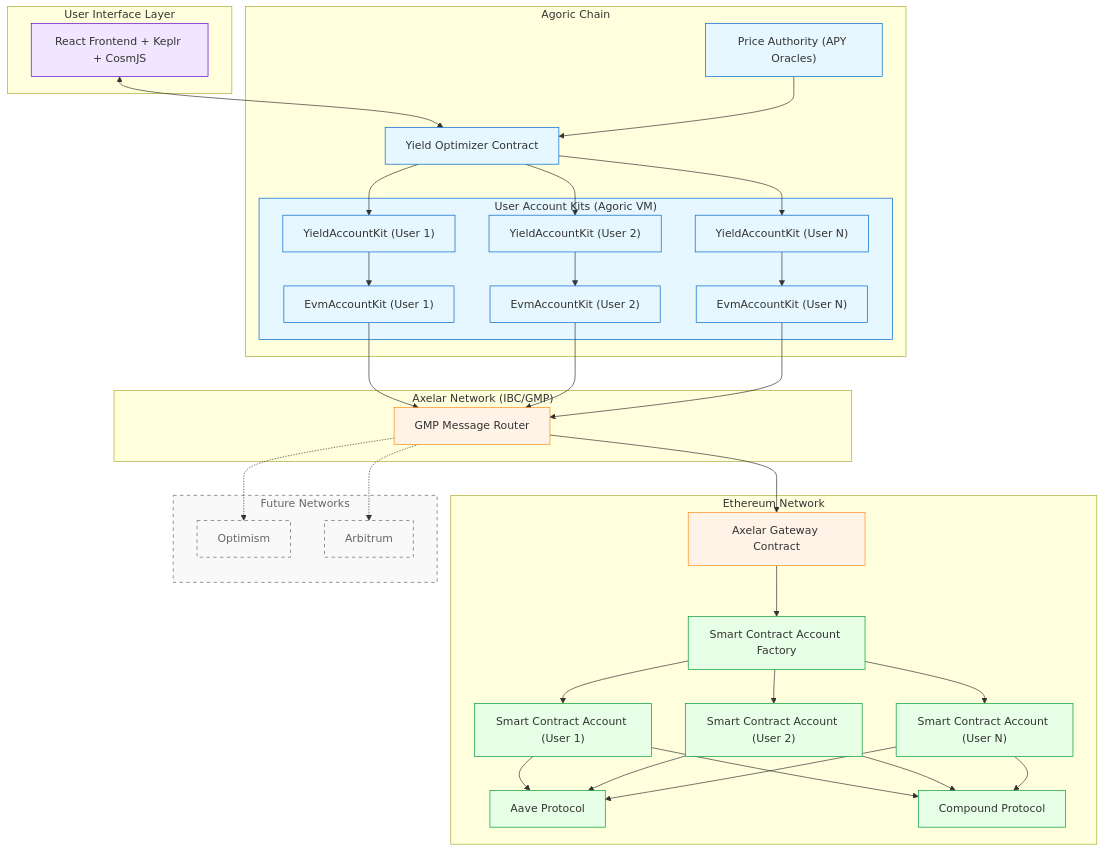
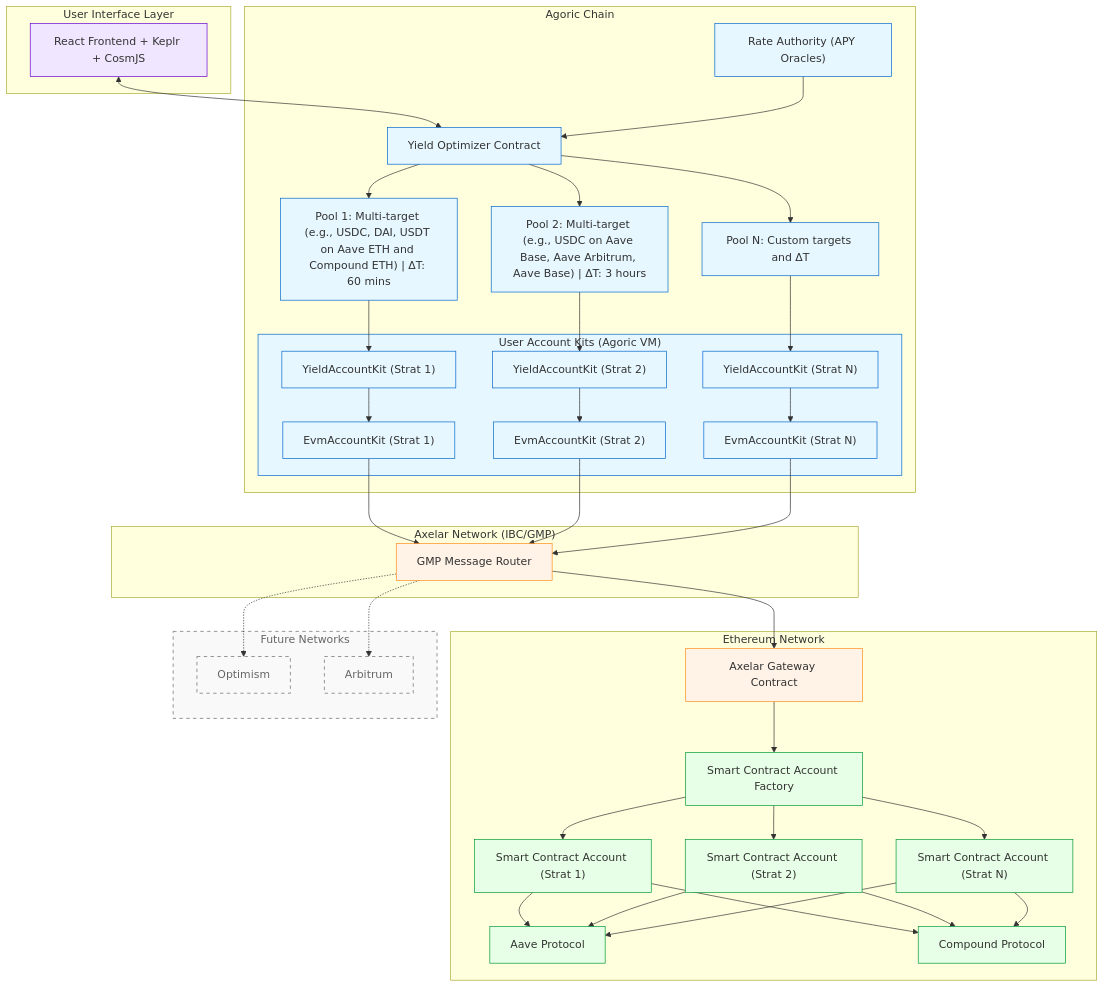
The diagram in docs/architecture.md (agoric-labs/dapp-yield-max), drawn with Mermaid before and after one commit. The commit also changed other lines of this file, not shown here.

Commit message:
fixup! docs: document architecture

```diff
--- a/docs/architecture.md
+++ b/docs/architecture.md
@@ -9,79 +11,87 @@
 
     subgraph Agoric["Agoric Chain"]
         YieldOptimizerContract["Yield Optimizer Contract"]
-        PriceAuthority["Price Authority (APY Oracles)"]
-        
+        RateAuthority["Rate Authority (APY Oracles)"]
+
+        %% Strategy Pools (with multiple targets and delta T)
+        Pool1["Pool 1: Multi-target (e.g., USDC, DAI, USDT on Aave ETH and Compound ETH) | ΔT: 60 mins"]
+        Pool2["Pool 2: Multi-target (e.g., USDC on Aave Base, Aave Arbitrum, Aave Base) | ΔT: 3 hours"]
+        PoolN["Pool N: Custom targets and ΔT"]
+
         subgraph AccountKits["User Account Kits (Agoric VM)"]
-            YieldAccountKit1["YieldAccountKit (User 1)"]
-            EvmAccountKit1["EvmAccountKit (User 1)"]
-            YieldAccountKit2["YieldAccountKit (User 2)"]
-            EvmAccountKit2["EvmAccountKit (User 2)"]
-            YieldAccountKitN["YieldAccountKit (User N)"]
-            EvmAccountKitN["EvmAccountKit (User N)"]
+            YieldAccountKit1["YieldAccountKit (Strat 1)"]
+            EvmAccountKit1["EvmAccountKit (Strat 1)"]
+            YieldAccountKit2["YieldAccountKit (Strat 2)"]
+            EvmAccountKit2["EvmAccountKit (Strat 2)"]
+            YieldAccountKitN["YieldAccountKit (Strat N)"]
+            EvmAccountKitN["EvmAccountKit (Strat N)"]
         end
     end
-    
+
     subgraph Axelar["Axelar Network (IBC/GMP)"]
         GMPRouter["GMP Message Router"]
     end
-    
+
     subgraph Ethereum["Ethereum Network"]
         AxelarGateway["Axelar Gateway Contract"]
         SCAFactory["Smart Contract Account Factory"]
-        SCA1["Smart Contract Account (User 1)"]
-        SCA2["Smart Contract Account (User 2)"]
-        SCAN["Smart Contract Account (User N)"]
-        
+        SCA1["Smart Contract Account (Strat 1)"]
+        SCA2["Smart Contract Account (Strat 2)"]
+        SCAN["Smart Contract Account (Strat N)"]
+
         Aave["Aave Protocol"]
         Compound["Compound Protocol"]
     end
-    
-    %% Future networks
+
     subgraph Future["Future Networks"]
         Optimism["Optimism"]
         Arbitrum["Arbitrum"]
     end
-    
+
     %% Define relationships
     Frontend <--> YieldOptimizerContract
-    PriceAuthority --> YieldOptimizerContract
-    
-    YieldOptimizerContract --> YieldAccountKit1
-    YieldOptimizerContract --> YieldAccountKit2
-    YieldOptimizerContract --> YieldAccountKitN
-    
+    RateAuthority --> YieldOptimizerContract
+
+    YieldOptimizerContract --> Pool1
+    YieldOptimizerContract --> Pool2
+    YieldOptimizerContract --> PoolN
+
+    Pool1 --> YieldAccountKit1
     YieldAccountKit1 --> EvmAccountKit1
+    EvmAccountKit1 --> GMPRouter
+
+    Pool2 --> YieldAccountKit2
     YieldAccountKit2 --> EvmAccountKit2
+    EvmAccountKit2 --> GMPRouter
+
+    PoolN --> YieldAccountKitN
     YieldAccountKitN --> EvmAccountKitN
-    
-    EvmAccountKit1 --> GMPRouter
-    EvmAccountKit2 --> GMPRouter
     EvmAccountKitN --> GMPRouter
-    
+
     GMPRouter --> AxelarGateway
     AxelarGateway --> SCAFactory
     SCAFactory --> SCA1
     SCAFactory --> SCA2
     SCAFactory --> SCAN
-    
+
     SCA1 --> Aave
     SCA1 --> Compound
     SCA2 --> Aave
     SCA2 --> Compound
     SCAN --> Aave
     SCAN --> Compound
-    
+
     GMPRouter -.-> Optimism
     GMPRouter -.-> Arbitrum
-    
+
     %% Add styles
     classDef agoricNode fill:#e6f7ff,stroke:#0066cc,color:#333
     classDef axelarNode fill:#fff2e6,stroke:#ff8c1a,color:#333
     classDef ethNode fill:#e6ffe6,stroke:#009933,color:#333
     classDef uiNode fill:#f0e6ff,stroke:#6600cc,color:#333
     classDef futureNode fill:#f9f9f9,stroke:#666,stroke-dasharray: 5 5,color:#666
-    
-    class YieldOptimizerContract,PriceAuthority,YieldAccountKit1,YieldAccountKit2,YieldAccountKitN,EvmAccountKit1,EvmAccountKit2,EvmAccountKitN,AccountKits agoricNode
+
+    class YieldOptimizerContract,RateAuthority,Pool1,Pool2,PoolN,YieldAccountKit1,YieldAccountKit2,YieldAccountKitN,EvmAccountKit1,EvmAccountKit2,EvmAccountKitN,AccountKits agoricNode
     class GMPRouter,AxelarGateway axelarNode
     class SCAFactory,SCA1,SCA2,SCAN,Aave,Compound ethNode
     class Frontend uiNode
```
